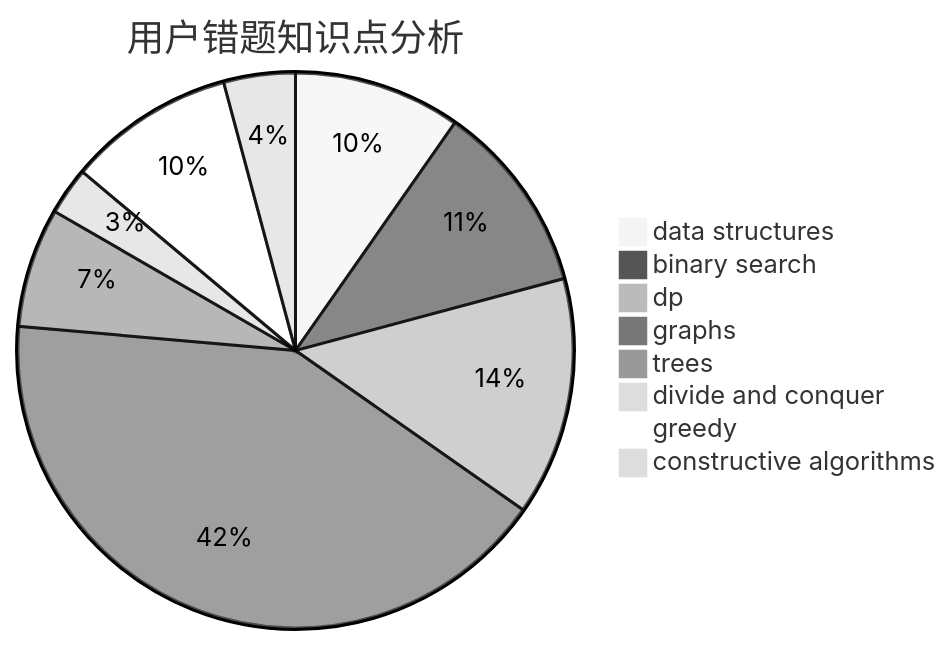
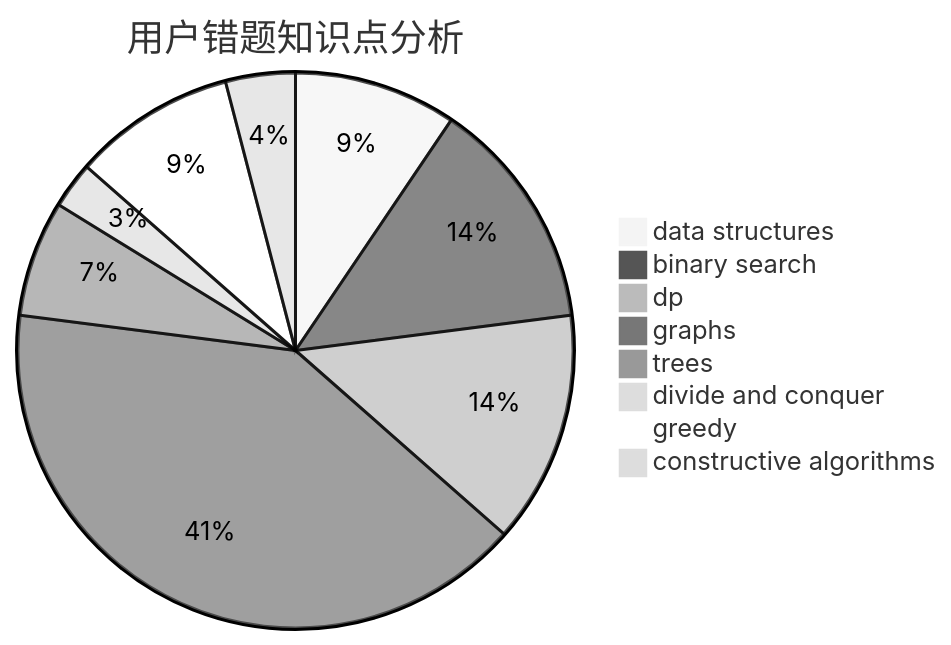
One commit to sherpahu/cfrs.github.io changed the third of 3 diagrams in docs/user/u2516.md. Above: the diagram before and after it, drawn with Mermaid (neutral theme). The commit also changed other lines of this file and 2770 other files, not shown here.

````diff
--- a/docs/user/u2516.md
+++ b/docs/user/u2516.md
@@ -36,11 +36,11 @@
 ```mermaid
 pie title 用户错题知识点分析
     "data structures" :  7
-    "binary search" :  8
+    "binary search" :  10
     "dp" :  10
     "graphs" :  30
     "trees" :  5
     "divide and conquer" :  2
     "greedy" :  7
     "constructive algorithms" :  3
 ```
````
